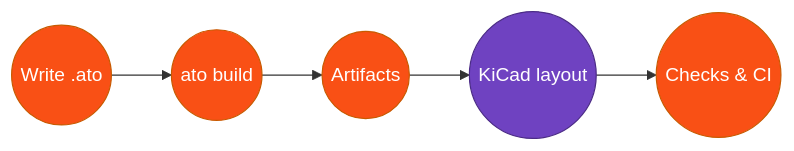
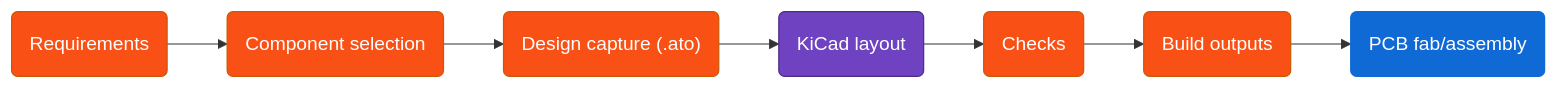
Before and after one commit to atopile/atopile: the diagram in README.md, drawn with Mermaid. The commit also changed other lines of this file, not shown here.

Commit message:
formatting

````diff
--- a/README.md
+++ b/README.md
@@ -95,15 +97,19 @@
 ```mermaid
 graph LR
-  A(("Write .ato")):::atopile
-  B(("ato build")):::atopile
-  C(("Artifacts")):::atopile
-  D(("KiCad layout")):::kicad
-  E(("Checks & CI")):::atopile
+  A("Requirements"):::atopile
+  B("Component selection"):::atopile
+  C("Design capture (.ato)"):::atopile
+  D("KiCad layout"):::kicad
+  E("Checks"):::atopile
+  F("Build outputs"):::atopile
+  G("PCB fab/assembly"):::jlc
 
-  A --> B --> C --> D --> E
+  A --> B --> C --> D --> E --> F --> G
 
-  class A,B,C,E atopile;
+  class A,B,C,E,F atopile;
   class D kicad;
+  class G jlc;
   classDef atopile fill:#F95015,stroke:#C85A00,color:#ffffff;
   classDef kicad fill:#6F42C1,stroke:#4B2B86,color:#ffffff;
+  classDef jlc fill:#0F6AD6,stroke:#0F6AD6,color:#ffffff;
 ```
````
